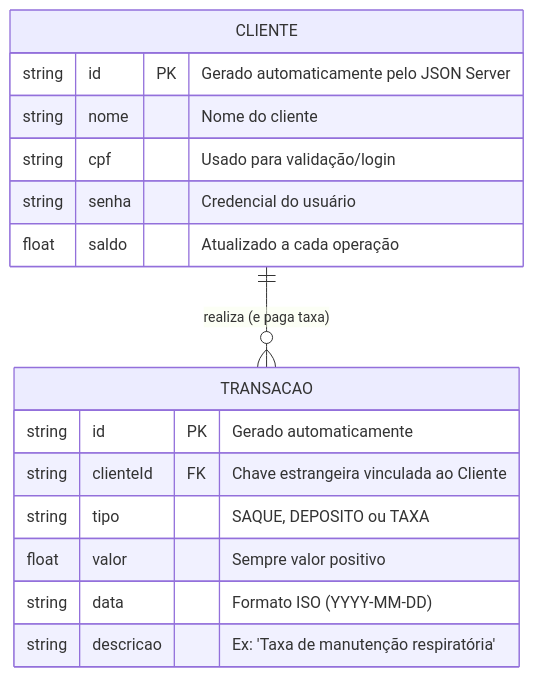
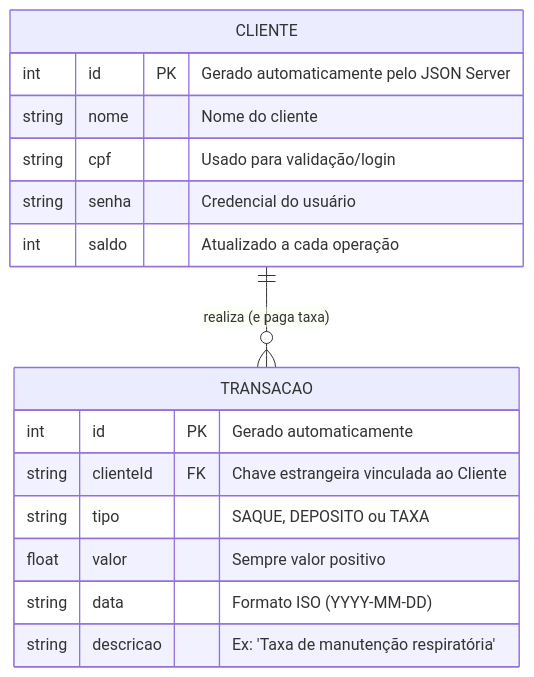
Before and after one commit to flpiensen/sobrou-quanto: the second of 2 diagrams in docs/architecture.md, drawn with Mermaid. The commit also changed other lines of this file, not shown here.

Commit message:
Update data types in architecture documentation
Changed data types for 'id' and 'saldo' fields from string and float to int in the architecture documentation.

````diff
--- a/docs/architecture.md
+++ b/docs/architecture.md
@@ -28,19 +28,19 @@
 ```mermaid
 erDiagram
     CLIENTE ||--o{ TRANSACAO : "realiza (e paga taxa)"
     CLIENTE {
-        string id PK "Gerado automaticamente pelo JSON Server"
+        int id PK "Gerado automaticamente pelo JSON Server"
         string nome "Nome do cliente"
         string cpf "Usado para validação/login"
         string senha "Credencial do usuário"
-        float saldo "Atualizado a cada operação"
+        int saldo "Atualizado a cada operação"
     }
     TRANSACAO {
-        string id PK "Gerado automaticamente"
+        int id PK "Gerado automaticamente"
         string clienteId FK "Chave estrangeira vinculada ao Cliente"
         string tipo "SAQUE, DEPOSITO ou TAXA"
         float valor "Sempre valor positivo"
         string data "Formato ISO (YYYY-MM-DD)"
         string descricao "Ex: 'Taxa de manutenção respiratória'"
     }
 ```
````
